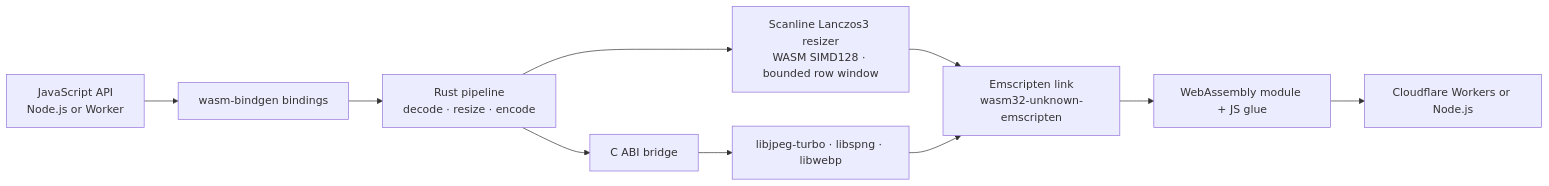
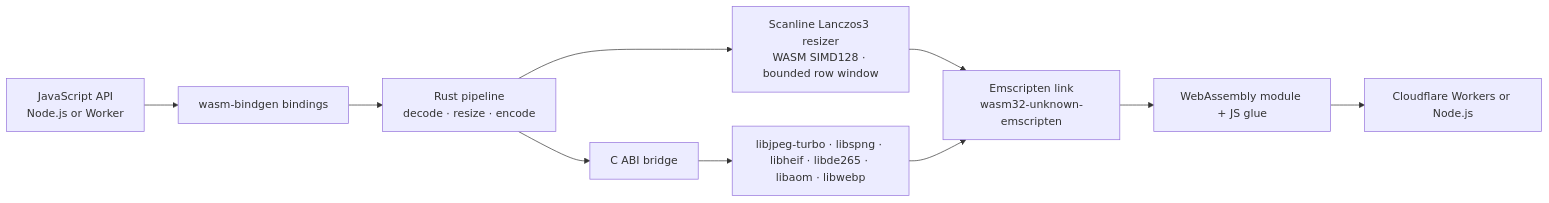
One commit to mutables-app/image-optimizer changed the diagram in README.md. Above: the diagram before and after it, drawn with Mermaid. The commit also changed other lines of this file and 31 other files, not shown here.

````diff
--- a/README.md
+++ b/README.md
@@ -25,12 +25,12 @@
 ```mermaid
 flowchart LR
   API[JavaScript API<br/>Node.js or Worker] --> BIND[wasm-bindgen bindings]
   BIND --> RUST[Rust pipeline<br/>decode · resize · encode]
   RUST --> RESIZE[Scanline Lanczos3 resizer<br/>WASM SIMD128 · bounded row window]
   RUST --> CABI[C ABI bridge]
-  CABI --> CODECS[libjpeg-turbo · libspng · libwebp]
+  CABI --> CODECS[libjpeg-turbo · libspng · libheif · libde265 · libaom · libwebp]
   RESIZE --> LINK[Emscripten link<br/>wasm32-unknown-emscripten]
   CODECS --> LINK
   LINK --> WASM[WebAssembly module + JS glue]
   WASM --> HOST[Cloudflare Workers or Node.js]
 ```
````
